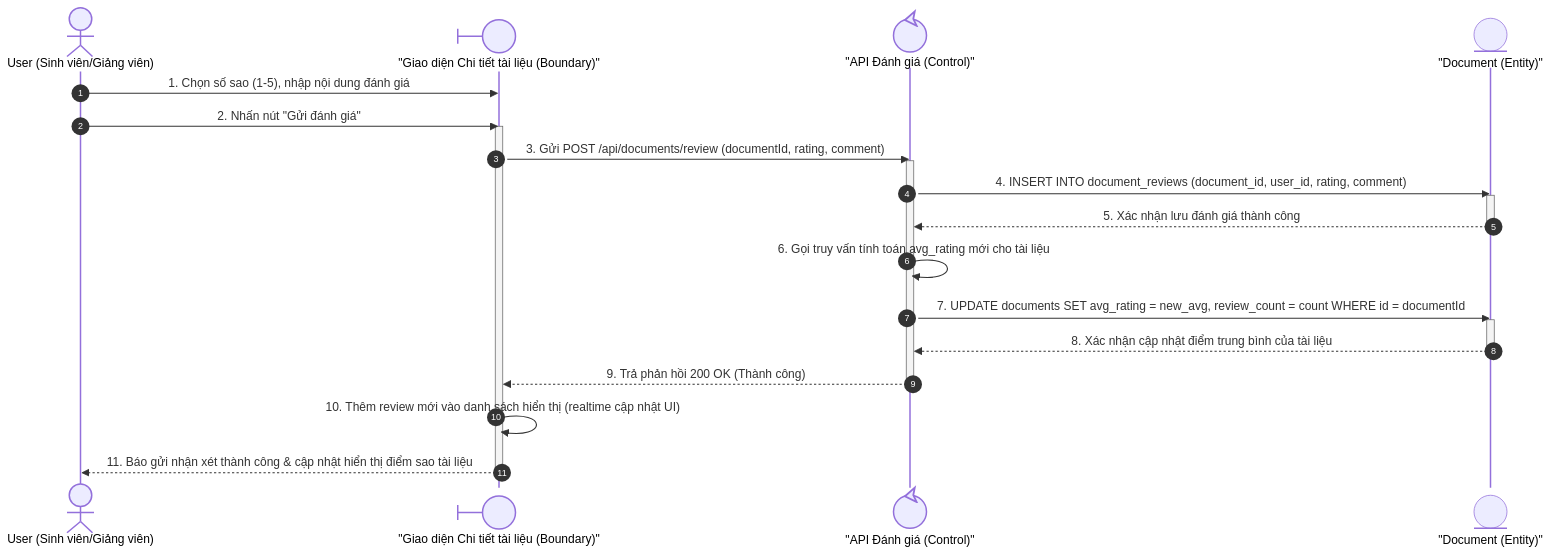
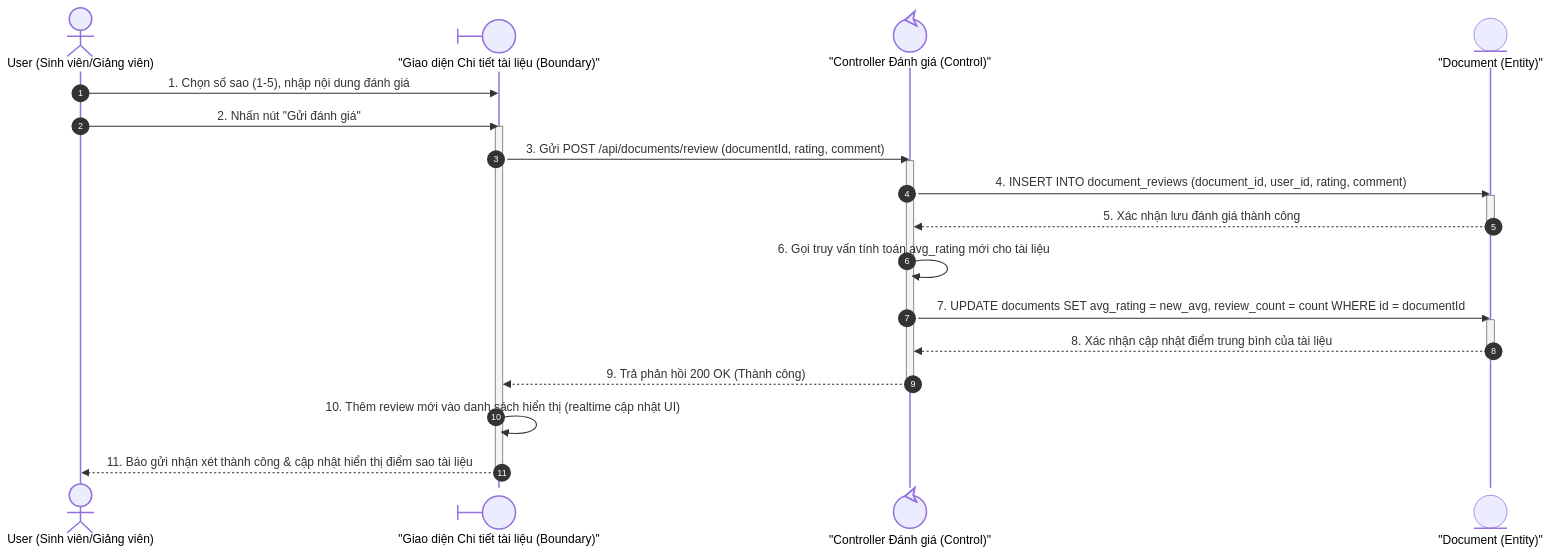
One commit to vietcuong2004/DATN_TLUDOC changed the tenth of 13 diagrams in Cuong_Documents/BaoVeDoAn/Diagram/SequenceDiagrams.md. Above: the diagram before and after it, drawn with Mermaid. The commit also changed other lines of this file and 11 other files, not shown here.

````diff
--- a/Cuong_Documents/BaoVeDoAn/Diagram/SequenceDiagrams.md
+++ b/Cuong_Documents/BaoVeDoAn/Diagram/SequenceDiagrams.md
@@ -378,28 +378,28 @@
 ```mermaid
 sequenceDiagram
     autonumber
     actor User as User (Sinh viên/Giảng viên)
     participant UI@{ "type": "boundary" } as "Giao diện Chi tiết tài liệu (Boundary)"
-    participant Control@{ "type": "control" } as "API Đánh giá (Control)"
+    participant Control@{ "type": "control" } as "Controller Đánh giá (Control)"
     participant Entity@{ "type": "entity" } as "Document (Entity)"
 
     User->>UI: 1. Chọn số sao (1-5), nhập nội dung đánh giá
     User->>UI: 2. Nhấn nút "Gửi đánh giá"
     activate UI
     UI->>Control: 3. Gửi POST /api/documents/review (documentId, rating, comment)
     activate Control
     Control->>Entity: 4. INSERT INTO document_reviews (document_id, user_id, rating, comment)
     activate Entity
     Entity-->>Control: 5. Xác nhận lưu đánh giá thành công
     deactivate Entity
     Control->>Control: 6. Gọi truy vấn tính toán avg_rating mới cho tài liệu
     Control->>Entity: 7. UPDATE documents SET avg_rating = new_avg, review_count = count WHERE id = documentId
     activate Entity
     Entity-->>Control: 8. Xác nhận cập nhật điểm trung bình của tài liệu
     deactivate Entity
     Control-->>UI: 9. Trả phản hồi 200 OK (Thành công)
     deactivate Control
     UI->>UI: 10. Thêm review mới vào danh sách hiển thị (realtime cập nhật UI)
     UI-->>User: 11. Báo gửi nhận xét thành công & cập nhật hiển thị điểm sao tài liệu
     deactivate UI
 ```
````
